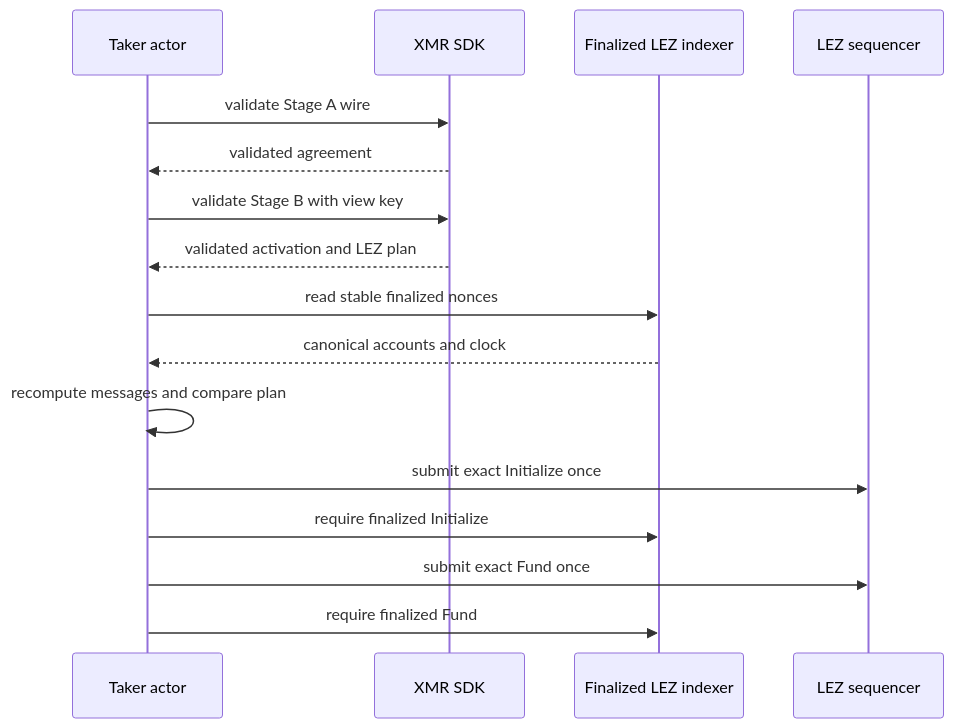
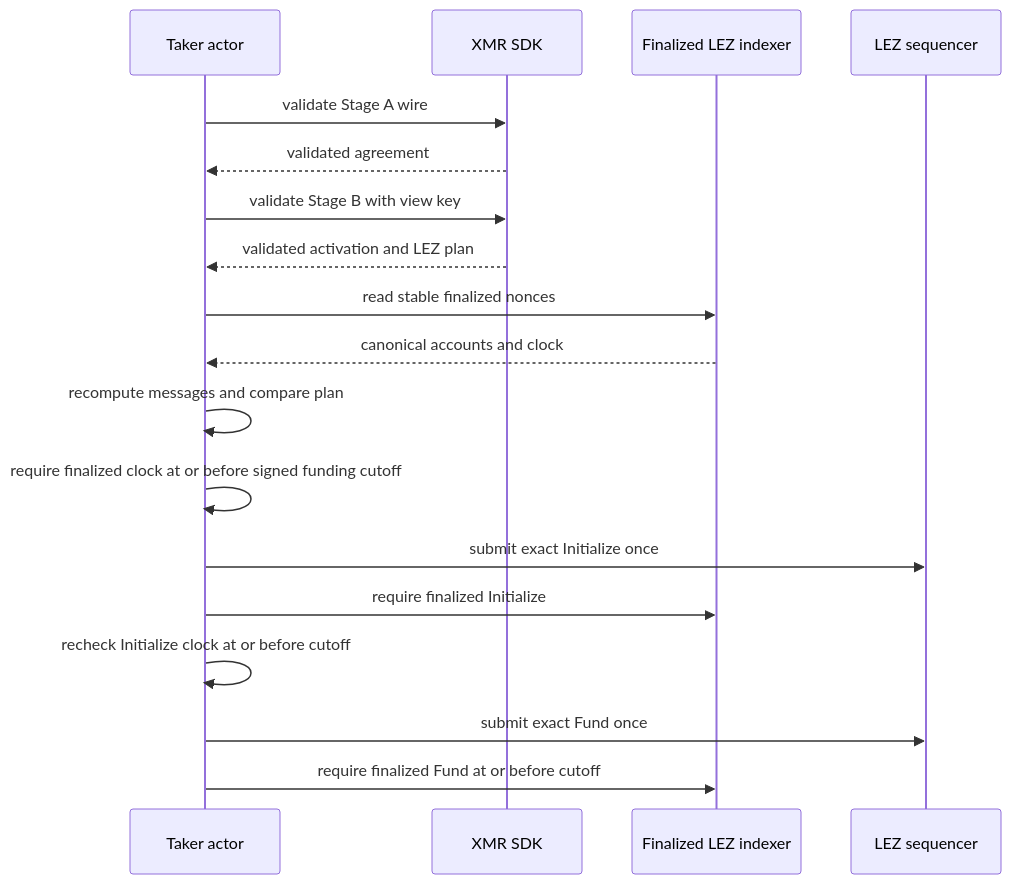
Before and after one commit to gateway-fm/lez-atomic-swaps: the second of 2 diagrams in docs/architecture/0072-derive-xmr-actor-inputs-from-validated-stage-material.md, drawn with Mermaid. The commit also changed other lines of this file and 17 other files, not shown here.

````diff
--- a/docs/architecture/0072-derive-xmr-actor-inputs-from-validated-stage-material.md
+++ b/docs/architecture/0072-derive-xmr-actor-inputs-from-validated-stage-material.md
@@ -65,19 +69,21 @@
 ```mermaid
 sequenceDiagram
     participant TakerProc as Taker actor
     participant SDK as XMR SDK
     participant Indexer as Finalized LEZ indexer
     participant Sequencer as LEZ sequencer
 
     TakerProc->>SDK: validate Stage A wire
     SDK-->>TakerProc: validated agreement
     TakerProc->>SDK: validate Stage B with view key
     SDK-->>TakerProc: validated activation and LEZ plan
     TakerProc->>Indexer: read stable finalized nonces
     Indexer-->>TakerProc: canonical accounts and clock
     TakerProc->>TakerProc: recompute messages and compare plan
+    TakerProc->>TakerProc: require finalized clock at or before signed funding cutoff
     TakerProc->>Sequencer: submit exact Initialize once
     TakerProc->>Indexer: require finalized Initialize
+    TakerProc->>TakerProc: recheck Initialize clock at or before cutoff
     TakerProc->>Sequencer: submit exact Fund once
-    TakerProc->>Indexer: require finalized Fund
+    TakerProc->>Indexer: require finalized Fund at or before cutoff
 ```
````
